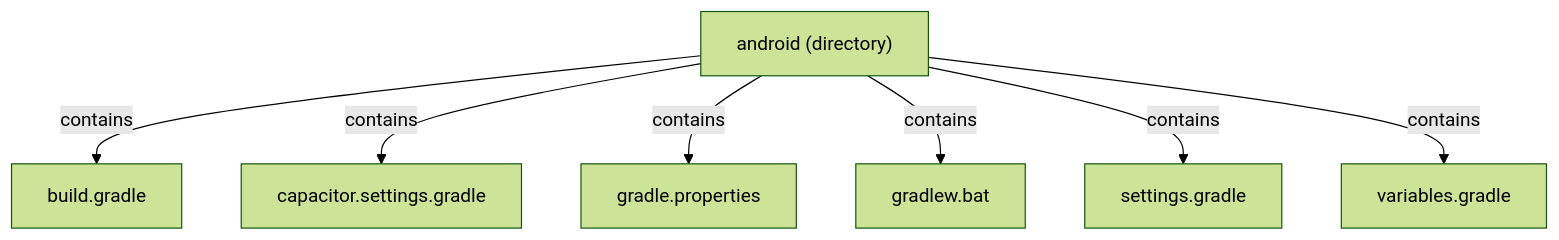
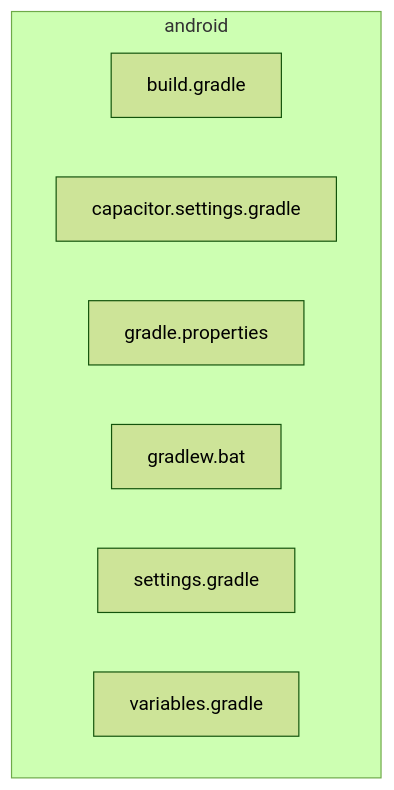
The diagram in _docs/android/README.md (CassieMarie0728/void-repo-docs), drawn with Mermaid (forest theme) before and after one commit. The commit also changed other lines of this file, not shown here.

First line of the commit message:
[skip ci][ci skip] [docbot] Update directory documentation for android

````diff
--- a/_docs/android/README.md
+++ b/_docs/android/README.md
@@ -18,17 +18,11 @@
 ```mermaid
 flowchart TD
-  DIR_android["android (directory)"]
-  build_gradle["build.gradle"]
-  capacitor_settings["capacitor.settings.gradle"]
-  gradle_properties["gradle.properties"]
-  gradlew_bat["gradlew.bat"]
-  settings_gradle["settings.gradle"]
-  variables_gradle["variables.gradle"]
-
-  DIR_android -->|contains| build_gradle
-  DIR_android -->|contains| capacitor_settings
-  DIR_android -->|contains| gradle_properties
-  DIR_android -->|contains| gradlew_bat
-  DIR_android -->|contains| settings_gradle
-  DIR_android -->|contains| variables_gradle
+  subgraph "android"
+    build_gradle["build.gradle"]
+    capacitor_settings_gradle["capacitor.settings.gradle"]
+    gradle_properties["gradle.properties"]
+    gradlew_bat["gradlew.bat"]
+    settings_gradle["settings.gradle"]
+    variables_gradle["variables.gradle"]
+  end
 ```
````
